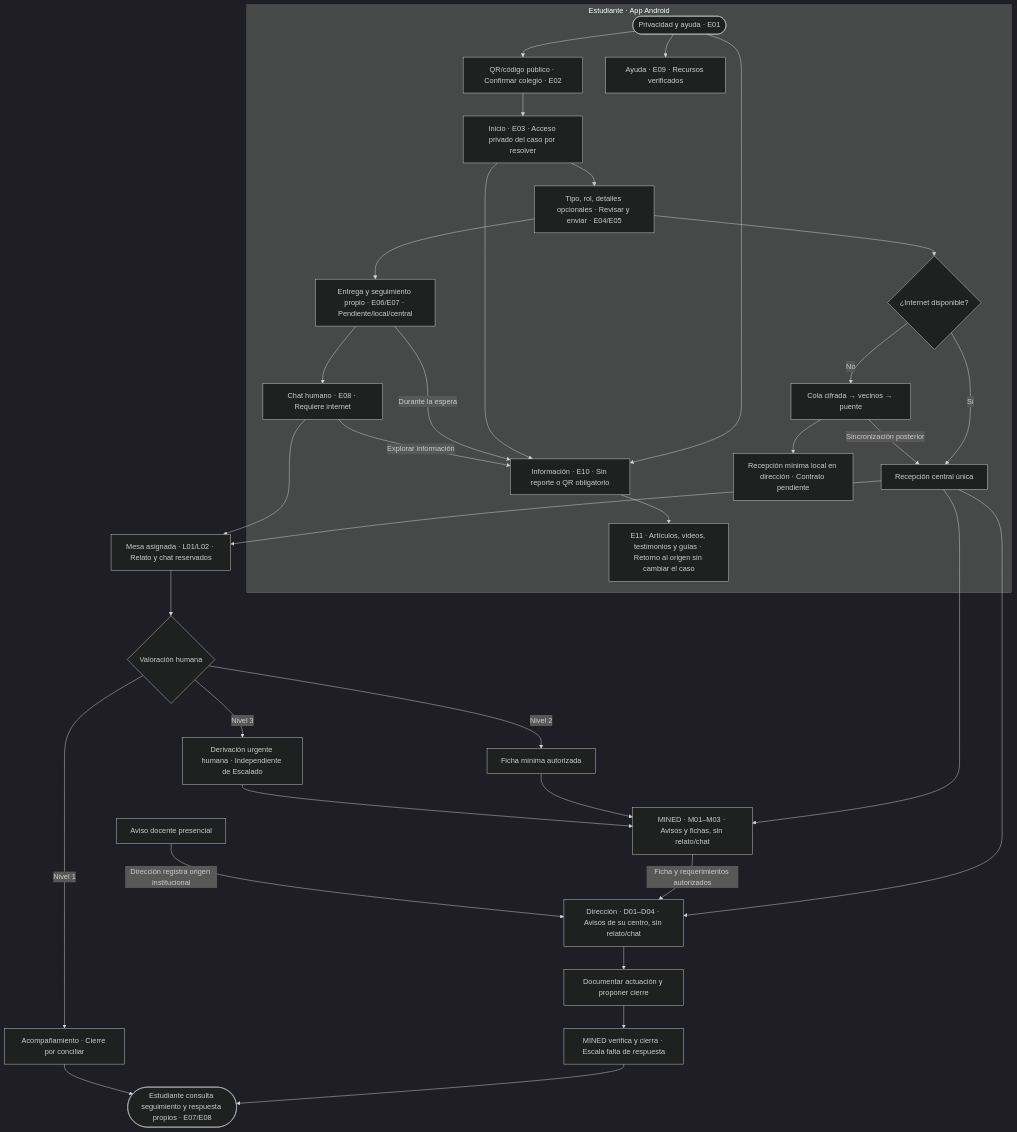
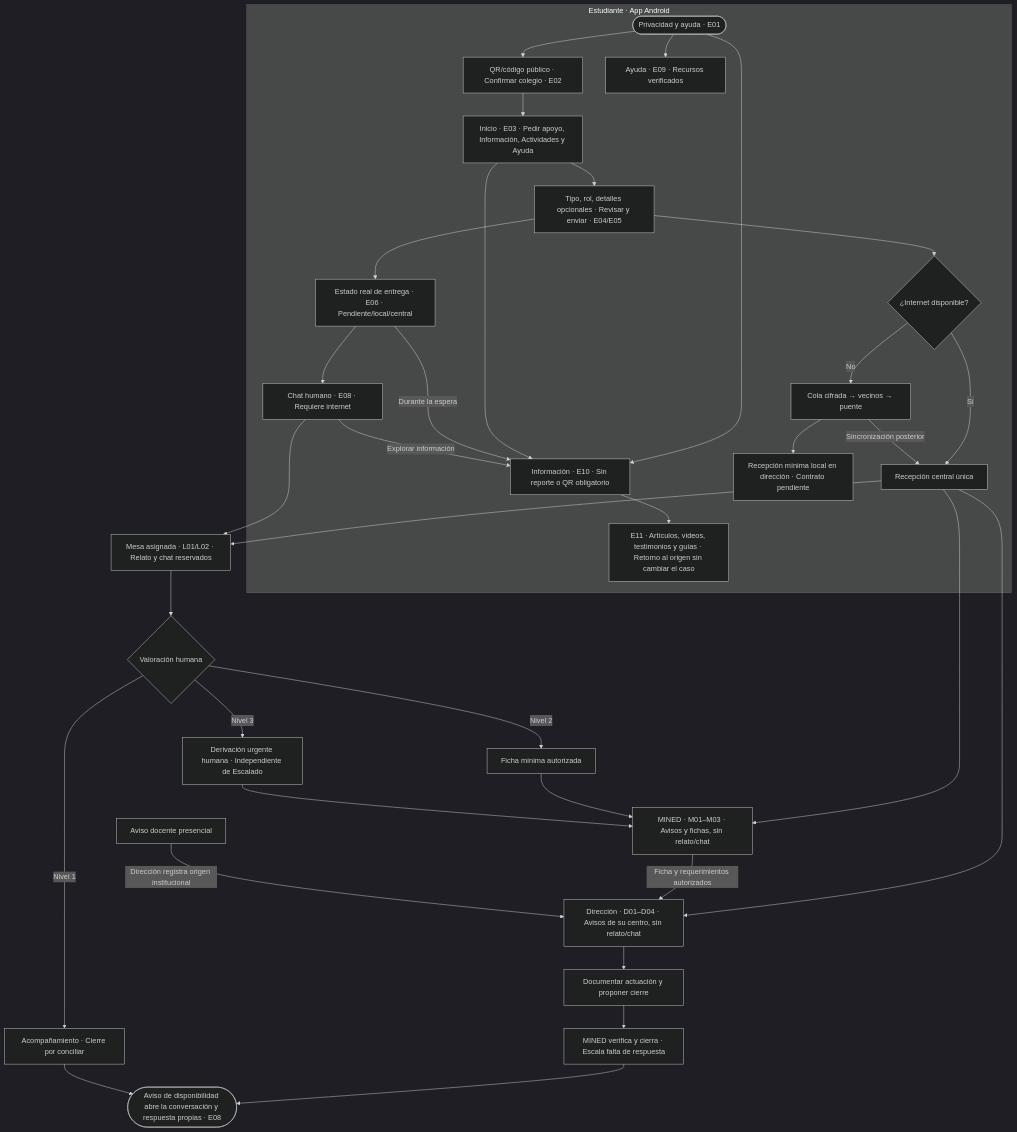
One commit to JaBaca67/Setu-Unicef-Bugnuelitos-UAM changed the diagram in docs/diseno/flujos/08-recorrido-usuarios.mmd. Above: the diagram before and after it, drawn with Mermaid (dark theme). The commit also changed 8 other files, not shown here.

First line of the commit message:
docs: registrar inicio E03 y retirar el seguimiento estudiantil (ADR 0013)

```diff
--- a/docs/diseno/flujos/08-recorrido-usuarios.mmd
+++ b/docs/diseno/flujos/08-recorrido-usuarios.mmd
@@ -1,35 +1,35 @@
 flowchart TD
     subgraph EST["Estudiante · App Android"]
         A(["Privacidad y ayuda · E01"]) --> B["QR/código público · Confirmar colegio · E02"]
         A --> HELP["Ayuda · E09 · Recursos verificados"]
         A --> INFO["Información · E10 · Sin reporte o QR obligatorio"]
-        B --> C["Inicio · E03 · Acceso privado del caso por resolver"]
+        B --> C["Inicio · E03 · Pedir apoyo, Información, Actividades y Ayuda"]
         C --> D["Tipo, rol, detalles opcionales · Revisar y enviar · E04/E05"]
         C --> INFO
         D --> NET{"¿Internet disponible?"}
         NET -->|"Sí"| API["Recepción central única"]
         NET -->|"No"| Q["Cola cifrada → vecinos → puente"]
         Q --> LOC["Recepción mínima local en dirección · Contrato pendiente"]
         Q -->|"Sincronización posterior"| API
-        D --> TRACK["Entrega y seguimiento propio · E06/E07 · Pendiente/local/central"]
+        D --> TRACK["Estado real de entrega · E06 · Pendiente/local/central"]
         TRACK --> CHAT["Chat humano · E08 · Requiere internet"]
         TRACK -->|"Durante la espera"| INFO
         CHAT -->|"Explorar información"| INFO
         INFO --> RESOURCE["E11 · Artículos, videos, testimonios y guías · Retorno al origen sin cambiar el caso"]
     end
     API --> MIN["MINED · M01–M03 · Avisos y fichas, sin relato/chat"]
     API --> DIR["Dirección · D01–D04 · Avisos de su centro, sin relato/chat"]
     API --> MESA["Mesa asignada · L01/L02 · Relato y chat reservados"]
     CHAT --> MESA
     MESA --> NIV{"Valoración humana"}
     NIV -->|"Nivel 1"| APOYO["Acompañamiento · Cierre por conciliar"]
     NIV -->|"Nivel 2"| FICHA["Ficha mínima autorizada"]
     NIV -->|"Nivel 3"| URG["Derivación urgente humana · Independiente de Escalado"]
     FICHA --> MIN
     MIN -->|"Ficha y requerimientos autorizados"| DIR
     DIR --> ACT["Documentar actuación y proponer cierre"]
     ACT --> CLOSE["MINED verifica y cierra · Escala falta de respuesta"]
-    CLOSE --> FIN(["Estudiante consulta seguimiento y respuesta propios · E07/E08"])
+    CLOSE --> FIN(["Aviso de disponibilidad abre la conversación y respuesta propias · E08"])
     APOYO --> FIN
     URG --> MIN
     DOC["Aviso docente presencial"] -->|"Dirección registra origen institucional"| DIR
```
